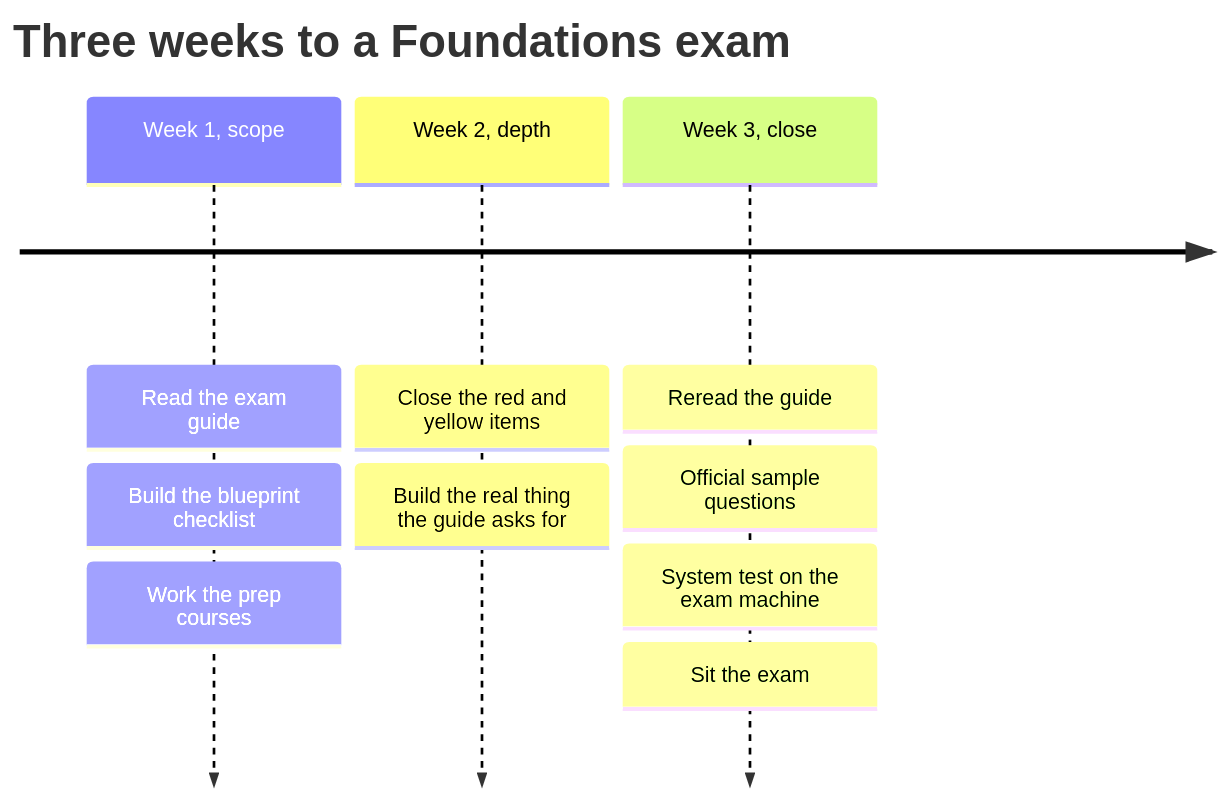
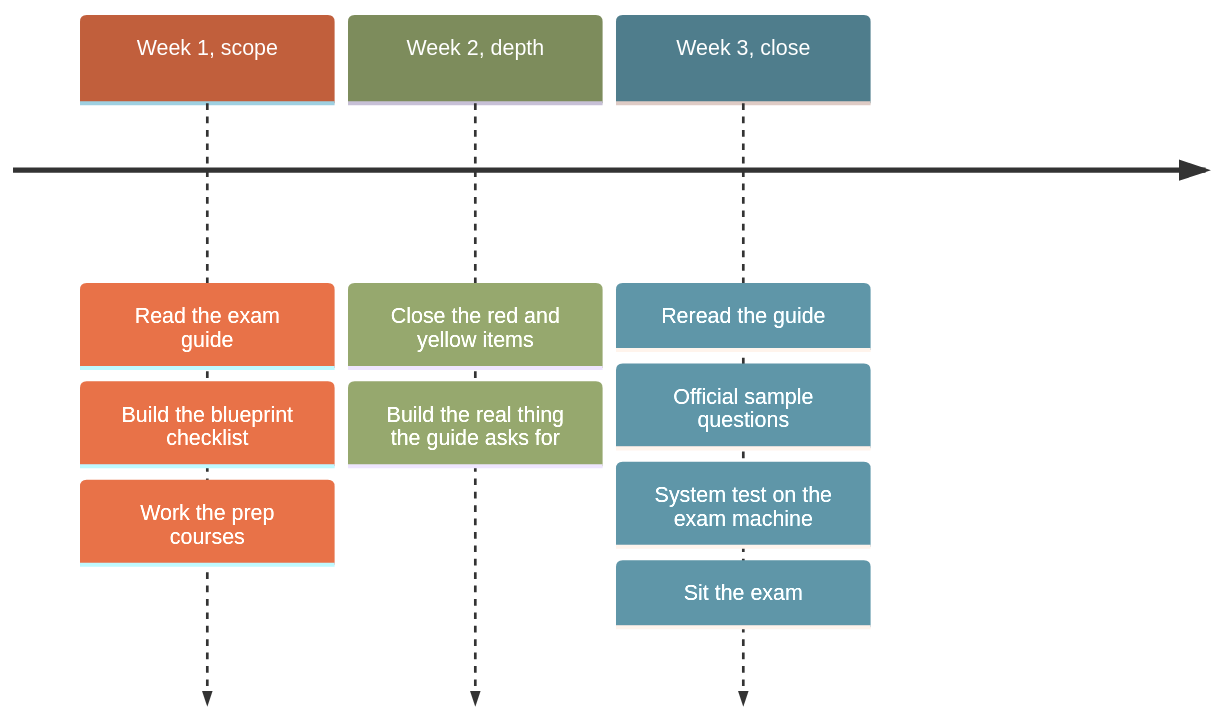
Before and after one commit to Amey-Thakur/CLAUDE-CERTIFICATIONS: the diagram in guide/study-strategy.md, drawn with Mermaid. The commit also changed 25 other files, not shown here.

````diff
--- a/guide/study-strategy.md
+++ b/guide/study-strategy.md
@@ -28,7 +28,7 @@
 ```mermaid
+%%{init: {"theme": "base", "themeVariables": {"cScale0": "#c15f3c", "cScaleLabel0": "#ffffff", "cScale1": "#7d8c5c", "cScaleLabel1": "#ffffff", "cScale2": "#4f7d8c", "cScaleLabel2": "#ffffff"}}}%%
 timeline
-    title Three weeks to a Foundations exam
     Week 1, scope : Read the exam guide : Build the blueprint checklist : Work the prep courses
     Week 2, depth : Close the red and yellow items : Build the real thing the guide asks for
     Week 3, close : Reread the guide : Official sample questions : System test on the exam machine : Sit the exam
 ```
````
